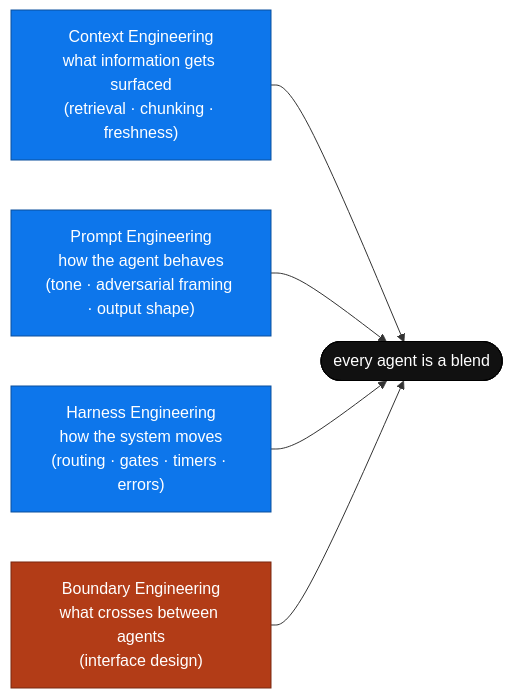
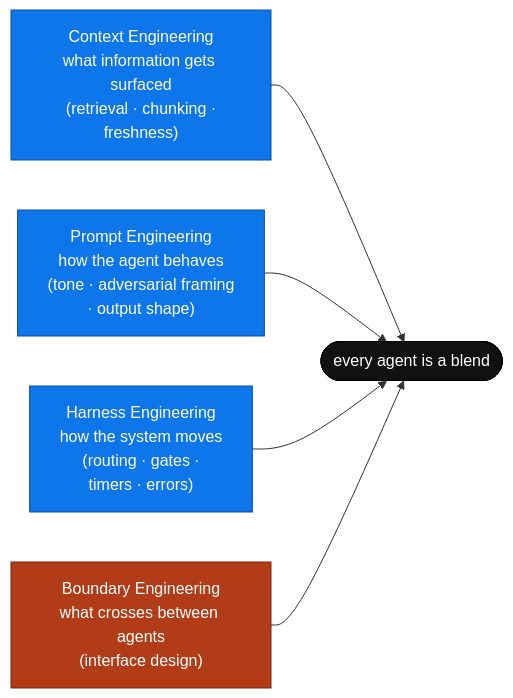
The sixth of 9 diagrams in README.md (jesscancode/ai-product-framework), drawn with Mermaid before and after one commit. The commit also changed other lines of this file, not shown here.

````diff
--- a/README.md
+++ b/README.md
@@ -379,16 +384,16 @@
 ```mermaid
 flowchart LR
-    CTX["Context Engineering<br/>what information gets surfaced<br/>(retrieval · chunking · freshness)"]:::disc
-    PRM["Prompt Engineering<br/>how the agent behaves<br/>(tone · adversarial framing · output shape)"]:::disc
-    HRN["Harness Engineering<br/>how the system moves<br/>(routing · gates · timers · errors)"]:::disc
+    CTX["Context Engineering<br/>what information gets surfaced<br/>(retrieval · chunking ·<br/>freshness)"]:::disc
+    PRM["Prompt Engineering<br/>how the agent behaves<br/>(tone · adversarial framing<br/>· output shape)"]:::disc
+    HRN["Harness Engineering<br/>how the system moves<br/>(routing · gates ·<br/>timers · errors)"]:::disc
     BND["Boundary Engineering<br/>what crosses between agents<br/>(interface design)"]:::bnd
 
     CTX --> AGENT(["every agent is a blend"]):::hub
     PRM --> AGENT
     HRN --> AGENT
     BND --> AGENT
 
     classDef disc fill:#0d76eb,stroke:#0a4f9c,color:#ffffff;
     classDef bnd fill:#b23c17,stroke:#7a2810,color:#ffffff;
     classDef hub fill:#111111,stroke:#000000,color:#ffffff;
 ```
````
